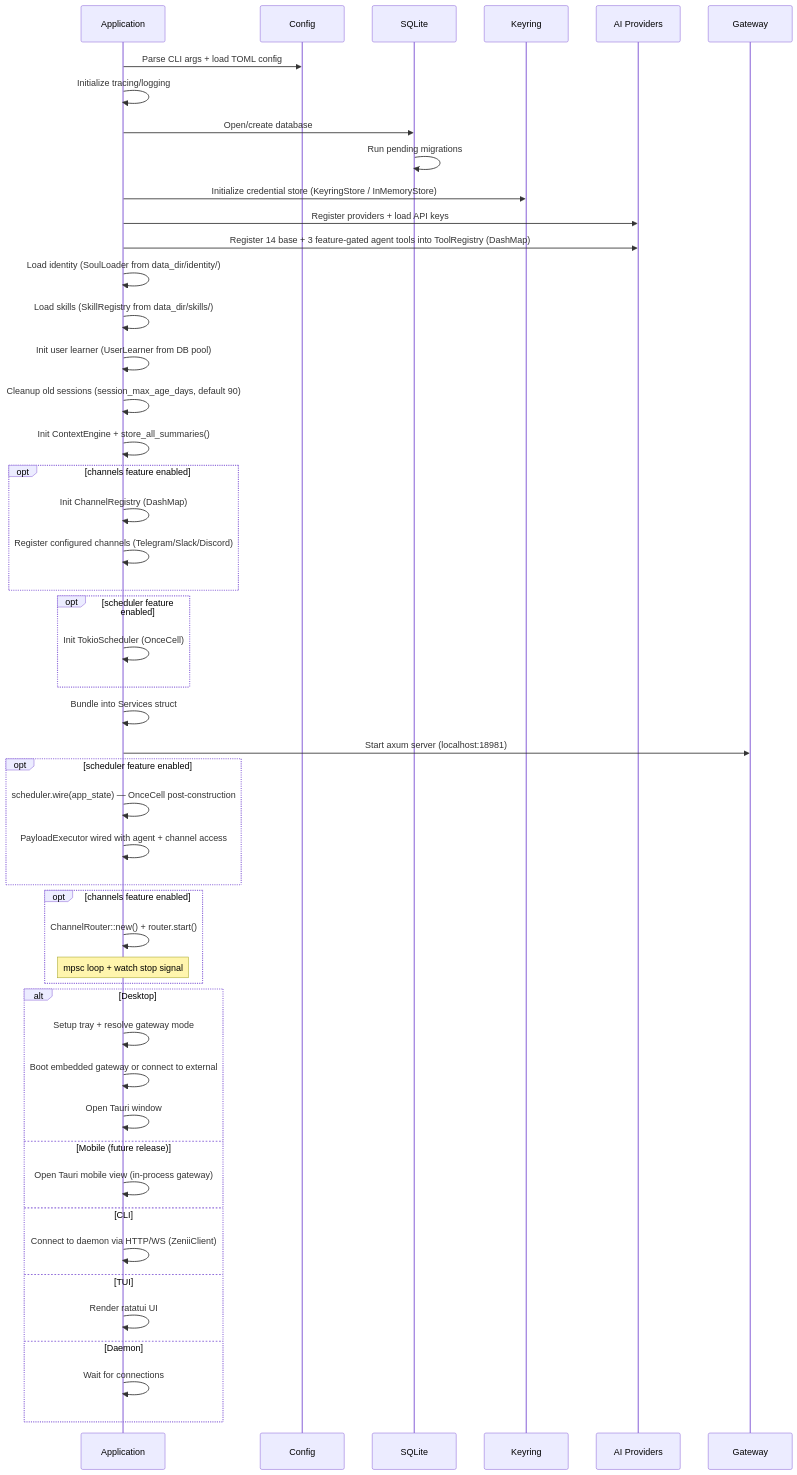
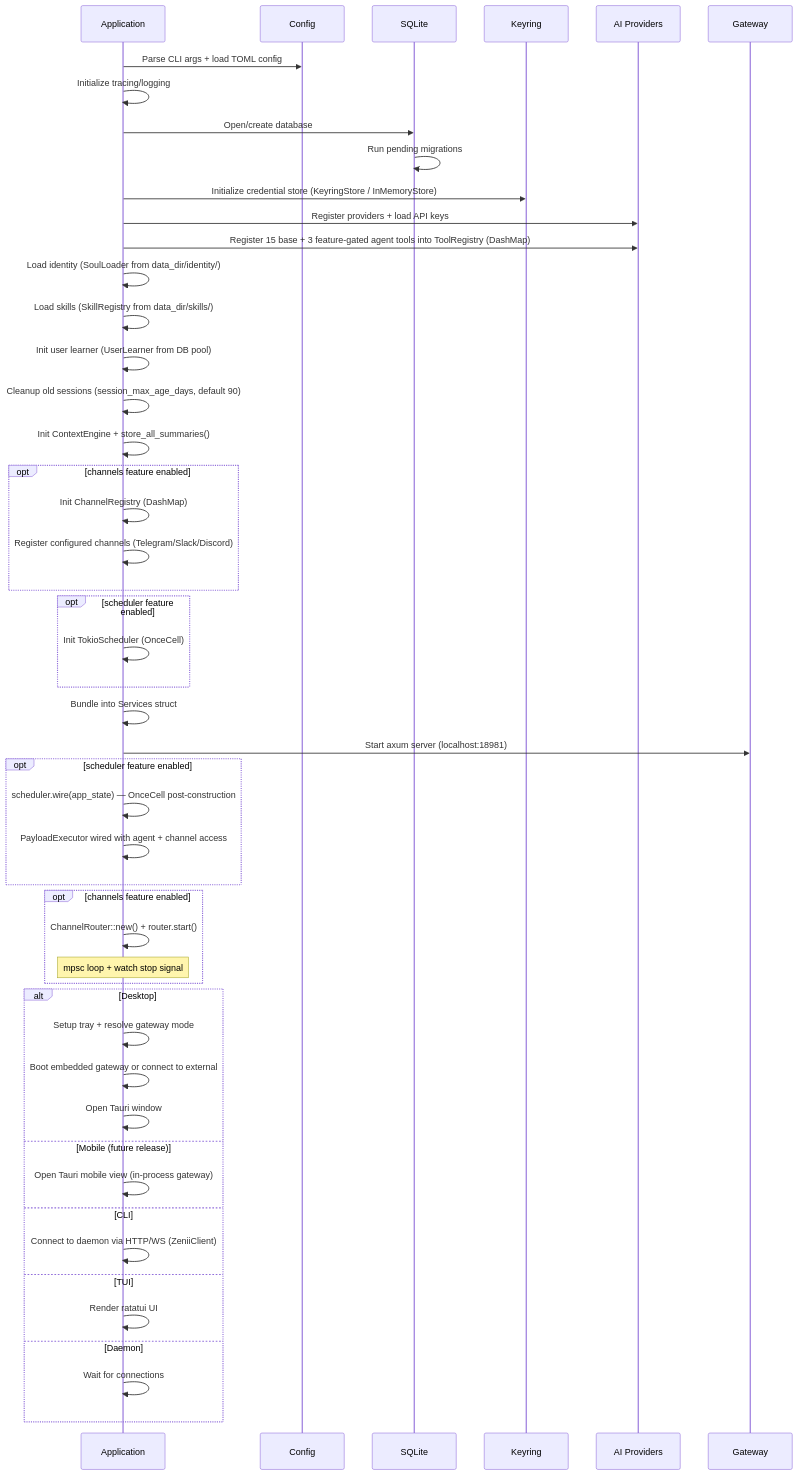
The second of 26 diagrams in docs-site/docs/processes.md (sprklai/mesoclaw), drawn with Mermaid before and after one commit. The commit also changed other lines of this file and 8 other files, not shown here.

````diff
--- a/docs-site/docs/processes.md
+++ b/docs-site/docs/processes.md
@@ -88,53 +88,53 @@
 ```mermaid
 sequenceDiagram
     participant App as Application
     participant Cfg as Config
     participant DB as SQLite
     participant Cred as Keyring
     participant AI as AI Providers
     participant GW as Gateway
 
     App->>Cfg: Parse CLI args + load TOML config
     App->>App: Initialize tracing/logging
     App->>DB: Open/create database
     DB->>DB: Run pending migrations
     App->>Cred: Initialize credential store (KeyringStore / InMemoryStore)
     App->>AI: Register providers + load API keys
-    App->>AI: Register 14 base + 3 feature-gated agent tools into ToolRegistry (DashMap)
+    App->>AI: Register 15 base + 3 feature-gated agent tools into ToolRegistry (DashMap)
     App->>App: Load identity (SoulLoader from data_dir/identity/)
     App->>App: Load skills (SkillRegistry from data_dir/skills/)
     App->>App: Init user learner (UserLearner from DB pool)
     App->>App: Cleanup old sessions (session_max_age_days, default 90)
     App->>App: Init ContextEngine + store_all_summaries()
     opt channels feature enabled
         App->>App: Init ChannelRegistry (DashMap)
         App->>App: Register configured channels (Telegram/Slack/Discord)
     end
     opt scheduler feature enabled
         App->>App: Init TokioScheduler (OnceCell)
     end
     App->>App: Bundle into Services struct
     App->>GW: Start axum server (localhost:18981)
     opt scheduler feature enabled
         App->>App: scheduler.wire(app_state) — OnceCell post-construction
         App->>App: PayloadExecutor wired with agent + channel access
     end
     opt channels feature enabled
         App->>App: ChannelRouter::new() + router.start()
         Note over App: mpsc loop + watch stop signal
     end
 
     alt Desktop
         App->>App: Setup tray + resolve gateway mode
         App->>App: Boot embedded gateway or connect to external
         App->>App: Open Tauri window
     else Mobile (future release)
         App->>App: Open Tauri mobile view (in-process gateway)
     else CLI
         App->>App: Connect to daemon via HTTP/WS (ZeniiClient)
     else TUI
         App->>App: Render ratatui UI
     else Daemon
         App->>App: Wait for connections
     end
 ```
````
